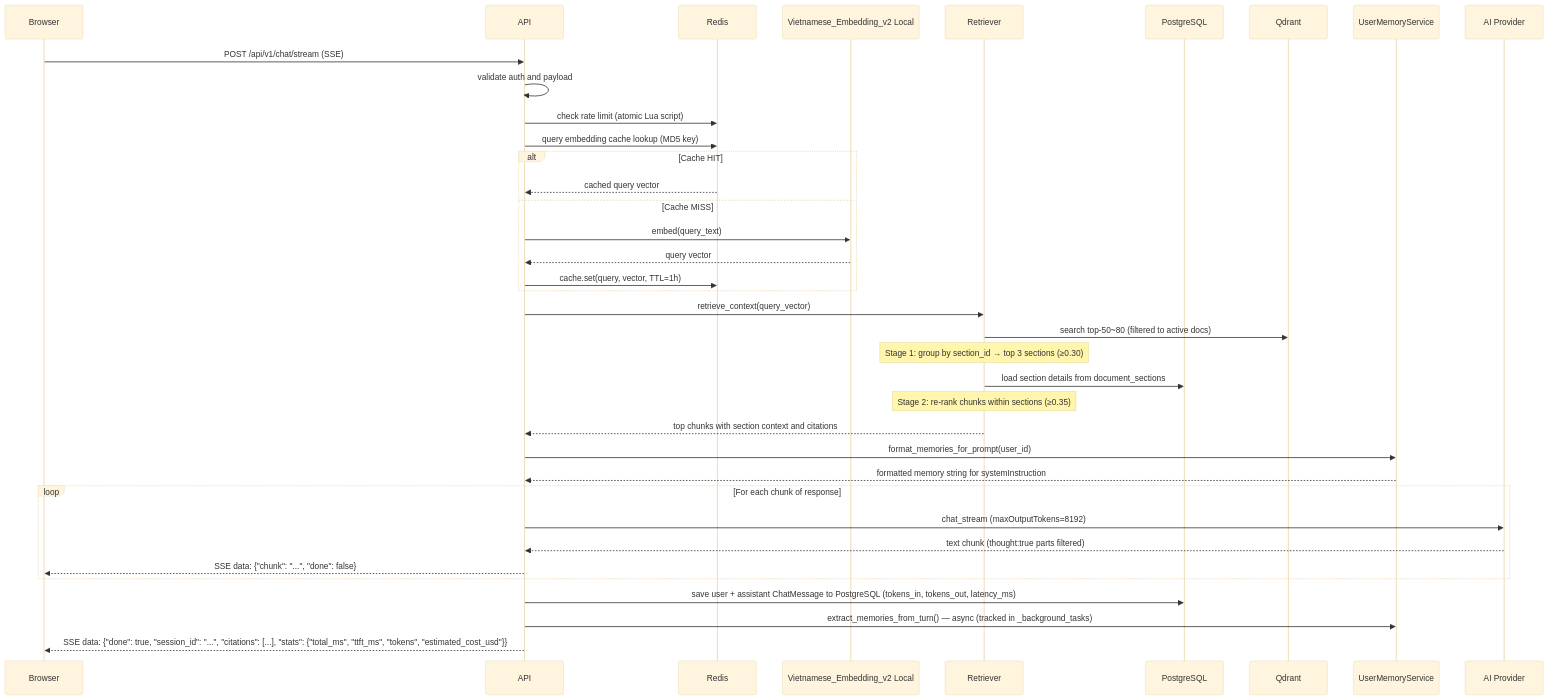
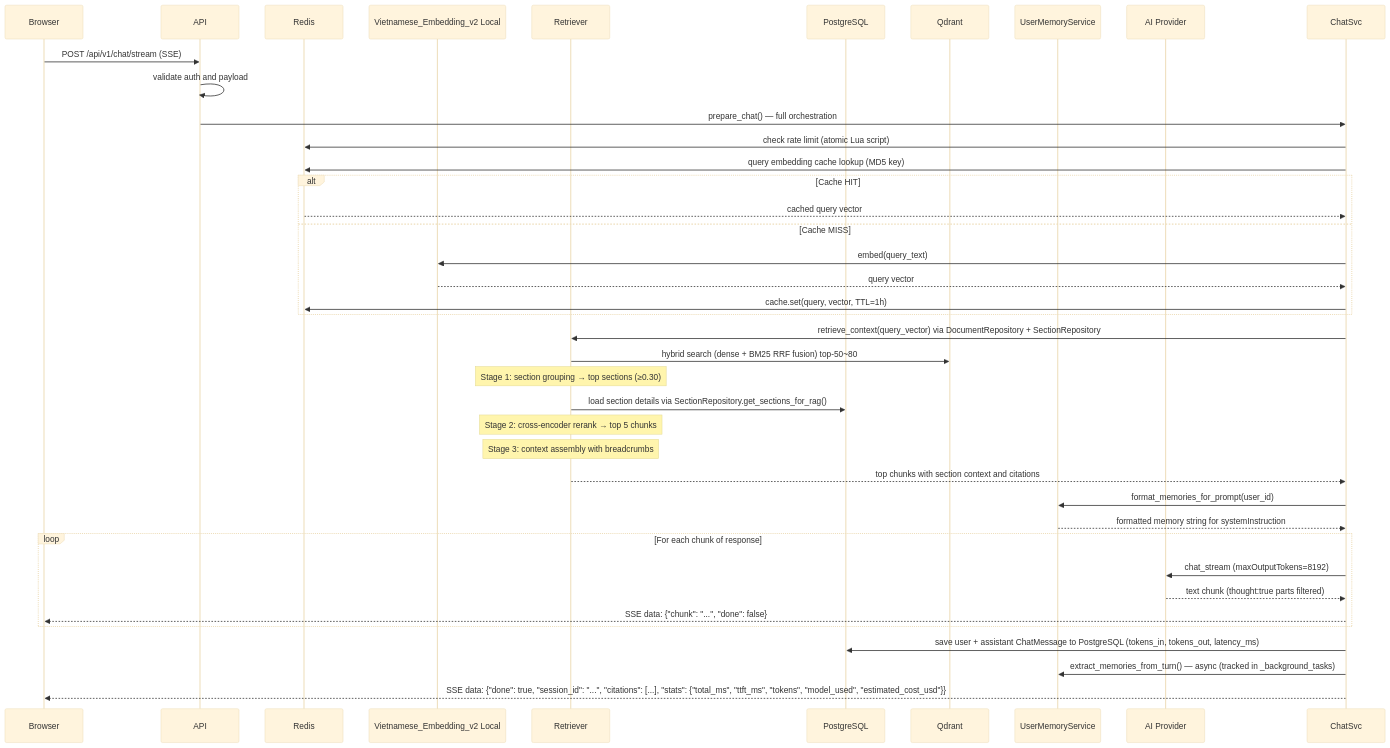
The second of 5 diagrams in docs/02_WORKFLOWS.md (qtuanph/chatbot-rag), drawn with Mermaid (base theme) before and after one commit. The commit also changed other lines of this file and 90 other files, not shown here.

````diff
--- a/docs/02_WORKFLOWS.md
+++ b/docs/02_WORKFLOWS.md
@@ -62,42 +62,44 @@
 ```mermaid
 sequenceDiagram
     participant Browser
     participant API
     participant Redis
     participant Embedder as Vietnamese_Embedding_v2 Local
     participant Retriever
     participant DB as PostgreSQL
     participant Qdrant
     participant Memory as UserMemoryService
     participant Provider as AI Provider
 
     Browser->>API: POST /api/v1/chat/stream (SSE)
     API->>API: validate auth and payload
-    API->>Redis: check rate limit (atomic Lua script)
-    API->>Redis: query embedding cache lookup (MD5 key)
+    API->>ChatSvc: prepare_chat() — full orchestration
+    ChatSvc->>Redis: check rate limit (atomic Lua script)
+    ChatSvc->>Redis: query embedding cache lookup (MD5 key)
     alt Cache HIT
-        Redis-->>API: cached query vector
+        Redis-->>ChatSvc: cached query vector
     else Cache MISS
-        API->>Embedder: embed(query_text)
-        Embedder-->>API: query vector
-        API->>Redis: cache.set(query, vector, TTL=1h)
+        ChatSvc->>Embedder: embed(query_text)
+        Embedder-->>ChatSvc: query vector
+        ChatSvc->>Redis: cache.set(query, vector, TTL=1h)
     end
-    API->>Retriever: retrieve_context(query_vector)
-    Retriever->>Qdrant: search top-50~80 (filtered to active docs)
-    Note over Retriever: Stage 1: group by section_id → top 3 sections (≥0.30)
-    Retriever->>DB: load section details from document_sections
-    Note over Retriever: Stage 2: re-rank chunks within sections (≥0.35)
-    Retriever-->>API: top chunks with section context and citations
+    ChatSvc->>Retriever: retrieve_context(query_vector) via DocumentRepository + SectionRepository
+    Retriever->>Qdrant: hybrid search (dense + BM25 RRF fusion) top-50~80
+    Note over Retriever: Stage 1: section grouping → top sections (≥0.30)
+    Retriever->>DB: load section details via SectionRepository.get_sections_for_rag()
+    Note over Retriever: Stage 2: cross-encoder rerank → top 5 chunks
+    Note over Retriever: Stage 3: context assembly with breadcrumbs
+    Retriever-->>ChatSvc: top chunks with section context and citations
 
-    API->>Memory: format_memories_for_prompt(user_id)
-    Memory-->>API: formatted memory string for systemInstruction
+    ChatSvc->>Memory: format_memories_for_prompt(user_id)
+    Memory-->>ChatSvc: formatted memory string for systemInstruction
 
     loop For each chunk of response
-        API->>Provider: chat_stream (maxOutputTokens=8192)
-        Provider-->>API: text chunk (thought:true parts filtered)
-        API-->>Browser: SSE data: {"chunk": "...", "done": false}
+        ChatSvc->>Provider: chat_stream (maxOutputTokens=8192)
+        Provider-->>ChatSvc: text chunk (thought:true parts filtered)
+        ChatSvc-->>Browser: SSE data: {"chunk": "...", "done": false}
     end
-    API->>DB: save user + assistant ChatMessage to PostgreSQL (tokens_in, tokens_out, latency_ms)
-    API->>Memory: extract_memories_from_turn() — async (tracked in _background_tasks)
-    API-->>Browser: SSE data: {"done": true, "session_id": "...", "citations": [...], "stats": {"total_ms", "ttft_ms", "tokens", "estimated_cost_usd"}}
+    ChatSvc->>DB: save user + assistant ChatMessage to PostgreSQL (tokens_in, tokens_out, latency_ms)
+    ChatSvc->>Memory: extract_memories_from_turn() — async (tracked in _background_tasks)
+    ChatSvc-->>Browser: SSE data: {"done": true, "session_id": "...", "citations": [...], "stats": {"total_ms", "ttft_ms", "tokens", "model_used", "estimated_cost_usd"}}
 ```
````
